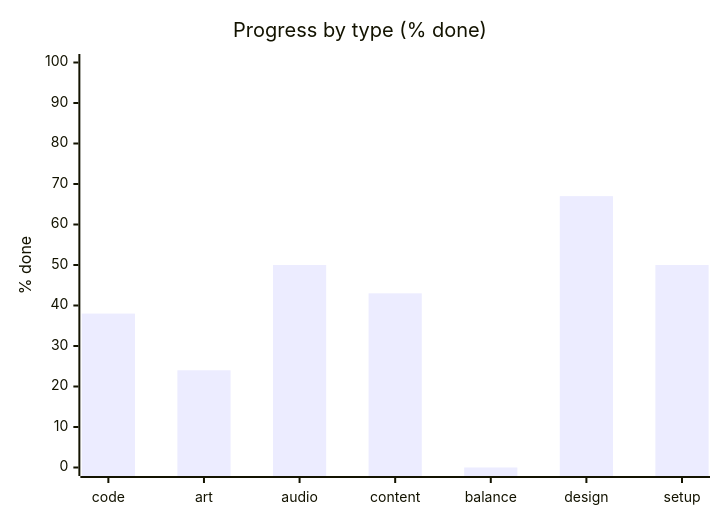
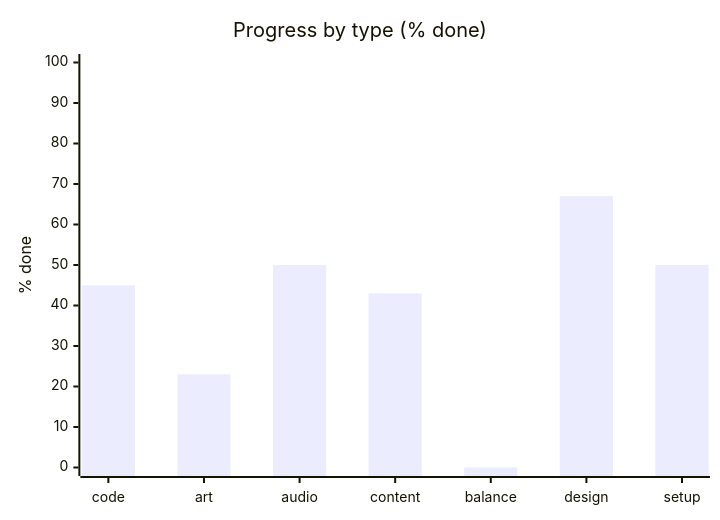
The second of 3 diagrams in STATUS.md (artemiiShabanov/RallyRivals), drawn with Mermaid before and after one commit. The commit also changed other lines of this file and 26 other files, not shown here.

First line of the commit message:
Game skeleton: scene flow, saves, title/slots/settings

````diff
--- a/STATUS.md
+++ b/STATUS.md
@@ -17,7 +17,7 @@
 ```mermaid
 xychart-beta
     title "Progress by type (% done)"
     x-axis ["code", "art", "audio", "content", "balance", "design", "setup"]
     y-axis "% done" 0 --> 100
-    bar [38, 24, 50, 43, 0, 67, 50]
+    bar [45, 23, 50, 43, 0, 67, 50]
 ```
````
